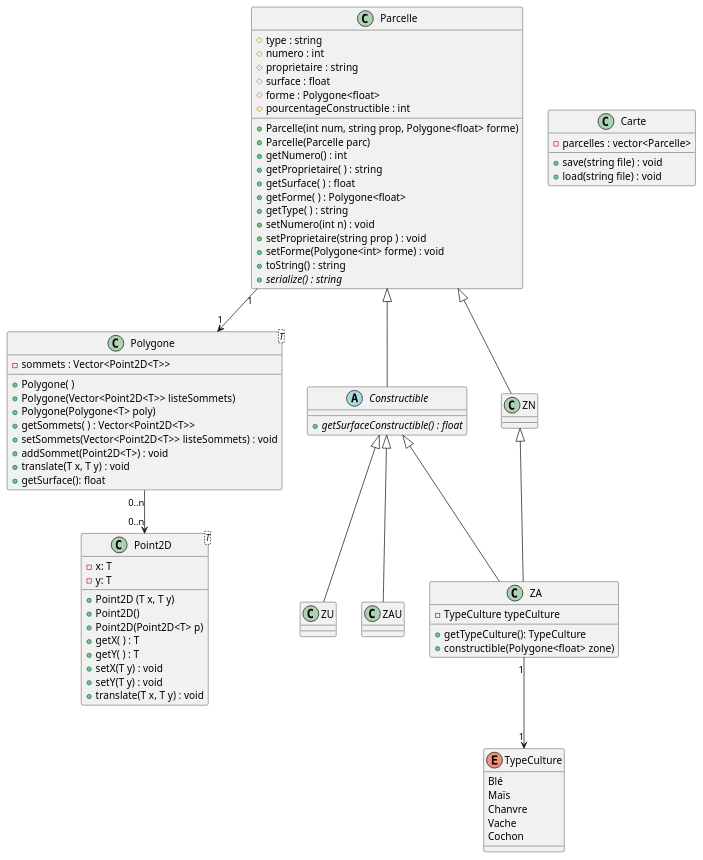
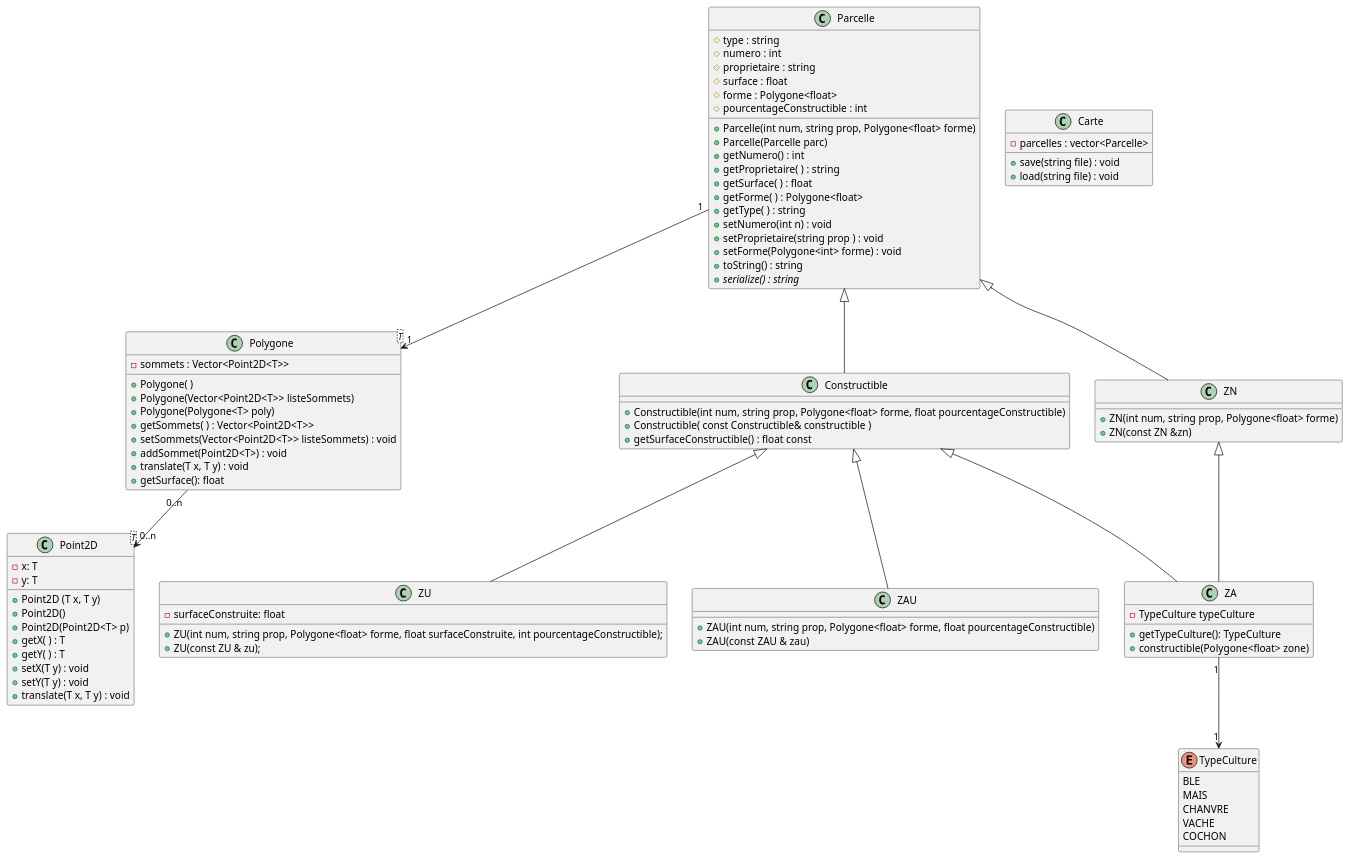
Before and after one commit to ECN-SEC-SMP/tp4-not-damien_simon_titouan_louis: the diagram in doc/ClassDiagram.puml, drawn with PlantUML.

Commit message:
[Doc] Update class diagram

```diff
--- a/doc/ClassDiagram.puml
+++ b/doc/ClassDiagram.puml
@@ -1,92 +1,103 @@
 @startuml Class Diagram
 
 class Point2D <T> {
     - x: T
     - y: T
 
     + Point2D (T x, T y)
     + Point2D()
     + Point2D(Point2D<T> p)
     + getX( ) : T
     + getY( ) : T
     + setX(T y) : void
     + setY(T y) : void
     + translate(T x, T y) : void
 }
 
 class Polygone <T> {
     - sommets : Vector<Point2D<T>>
 
     + Polygone( )
     + Polygone(Vector<Point2D<T>> listeSommets)
     + Polygone(Polygone<T> poly)
     + getSommets( ) : Vector<Point2D<T>>
     + setSommets(Vector<Point2D<T>> listeSommets) : void
     + addSommet(Point2D<T>) : void
     + translate(T x, T y) : void
     + getSurface(): float
 }
 
 
 class Parcelle {
     # type : string
     # numero : int
     # proprietaire : string
     # surface : float
     # forme : Polygone<float>
     # pourcentageConstructible : int
 
     + Parcelle(int num, string prop, Polygone<float> forme)
     + Parcelle(Parcelle parc)
     + getNumero() : int
     + getProprietaire( ) : string
     + getSurface( ) : float
     + getForme( ) : Polygone<float>
     + getType( ) : string
     + setNumero(int n) : void
     + setProprietaire(string prop ) : void
     + setForme(Polygone<int> forme) : void
     + toString() : string
     {abstract} + serialize() : string
 }
 
-abstract class Constructible extends Parcelle {
-    {abstract} + getSurfaceConstructible() : float
+class Constructible extends Parcelle {
+    + Constructible(int num, string prop, Polygone<float> forme, float pourcentageConstructible)
+    + Constructible( const Constructible& constructible )
+    + getSurfaceConstructible() : float const
 }
 
-class ZU extends Constructible {}
+class ZU extends Constructible {
+    - surfaceConstruite: float
+    + ZU(int num, string prop, Polygone<float> forme, float surfaceConstruite, int pourcentageConstructible);
+    + ZU(const ZU & zu);
+}
 
-class ZAU extends Constructible {}
+class ZAU extends Constructible {
+    + ZAU(int num, string prop, Polygone<float> forme, float pourcentageConstructible)
+    + ZAU(const ZAU & zau)
+}
 
-class ZN extends Parcelle {}
+class ZN extends Parcelle {
+    + ZN(int num, string prop, Polygone<float> forme)
+    + ZN(const ZN &zn)
+}
 
 class ZA extends ZN, Constructible {
     - TypeCulture typeCulture
     + getTypeCulture(): TypeCulture
     + constructible(Polygone<float> zone)
 }
 
 enum TypeCulture {
-    Blé
-    Maïs
-    Chanvre
-    Vache
-    Cochon
+    BLE
+    MAIS
+    CHANVRE
+    VACHE
+    COCHON
 }
-
 
 class Carte {
     - parcelles : vector<Parcelle>
     + save(string file) : void
     + load(string file) : void
 }
 
 
 Polygone "0..n" --> "0..n" Point2D
 Parcelle "1" --> "1" Polygone
 
 ZA "1" --> "1" TypeCulture
 
 
 
 @enduml
```
